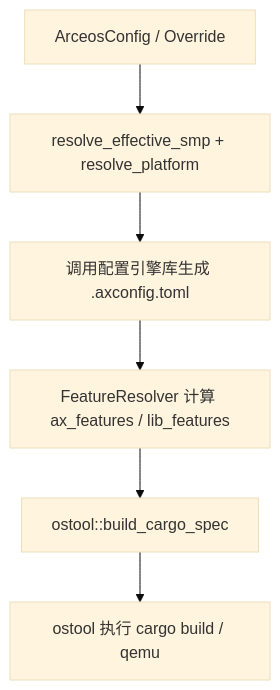
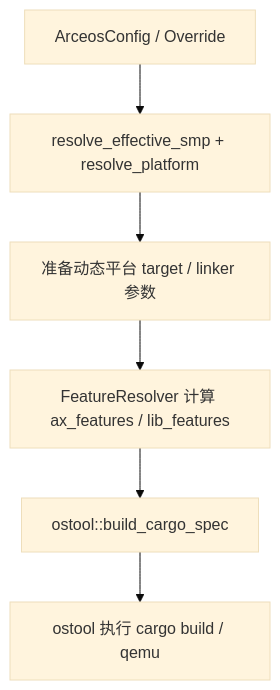
Before and after one commit to rcore-os/tgoskits: the first of 2 diagrams in docs/docs/components/crates/axbuild.md, drawn with Mermaid (base theme). The commit also changed other lines of this file and 302 other files, not shown here.

````diff
--- a/docs/docs/components/crates/axbuild.md
+++ b/docs/docs/components/crates/axbuild.md
@@ -24,8 +24,8 @@
 ```mermaid
 flowchart TD
     A["ArceosConfig / Override"] --> B["resolve_effective_smp + resolve_platform"]
-    B --> C["调用配置引擎库生成 .axconfig.toml"]
+    B --> C["准备动态平台 target / linker 参数"]
     C --> D["FeatureResolver 计算 ax_features / lib_features"]
     D --> E["ostool::build_cargo_spec"]
     E --> F["ostool 执行 cargo build / qemu"]
 ```
````
